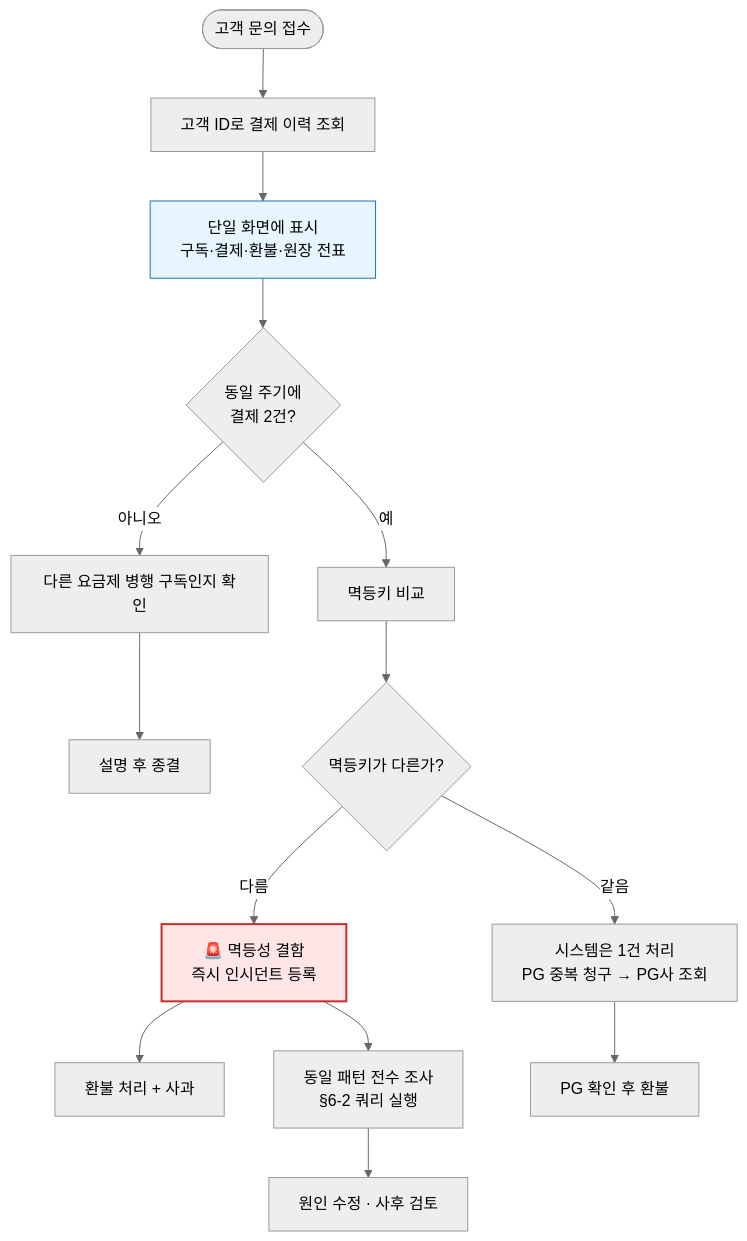
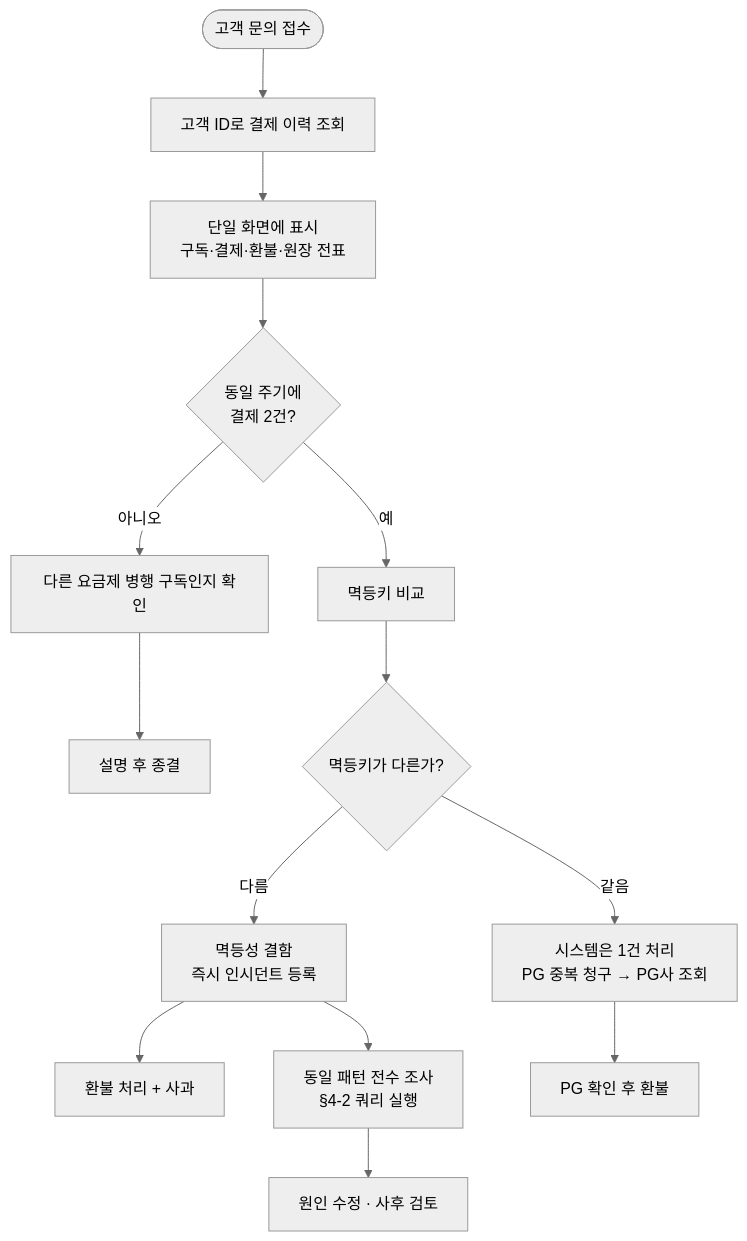
One commit to withwooyong/withwooyong.github.io changed the tenth of 17 diagrams in pages/product-lead-loadmap/02_결제정산.md. Above: the diagram before and after it, drawn with Mermaid (neutral theme). The commit also changed other lines of this file and 16 other files, not shown here.

````diff
--- a/pages/product-lead-loadmap/02_결제정산.md
+++ b/pages/product-lead-loadmap/02_결제정산.md
@@ -976,23 +901,20 @@
 ```mermaid
 flowchart TD
     START(["고객 문의 접수"]) --> S1["고객 ID로 결제 이력 조회"]
     S1 --> S2["단일 화면에 표시<br/>구독·결제·환불·원장 전표"]
 
     S2 --> Q1{"동일 주기에<br/>결제 2건?"}
     Q1 -->|"아니오"| N1["다른 요금제 병행 구독인지 확인"]
     N1 --> N2["설명 후 종결"]
 
     Q1 -->|"예"| Y1["멱등키 비교"]
     Y1 --> Q2{"멱등키가 다른가?"}
     Q2 -->|"같음"| Y2["시스템은 1건 처리<br/>PG 중복 청구 → PG사 조회"]
-    Q2 -->|"다름"| Y3["🚨 멱등성 결함<br/>즉시 인시던트 등록"]
+    Q2 -->|"다름"| Y3["멱등성 결함<br/>즉시 인시던트 등록"]
 
     Y3 --> E1["환불 처리 + 사과"]
-    Y3 --> E2["동일 패턴 전수 조사<br/>§6-2 쿼리 실행"]
+    Y3 --> E2["동일 패턴 전수 조사<br/>§4-2 쿼리 실행"]
     E2 --> E3["원인 수정 · 사후 검토"]
 
     Y2 --> R1["PG 확인 후 환불"]
-
-    style Y3 fill:#ffe6e6,stroke:#c92a2a,stroke-width:2px
-    style S2 fill:#e7f5ff,stroke:#1971c2
 ```
````
